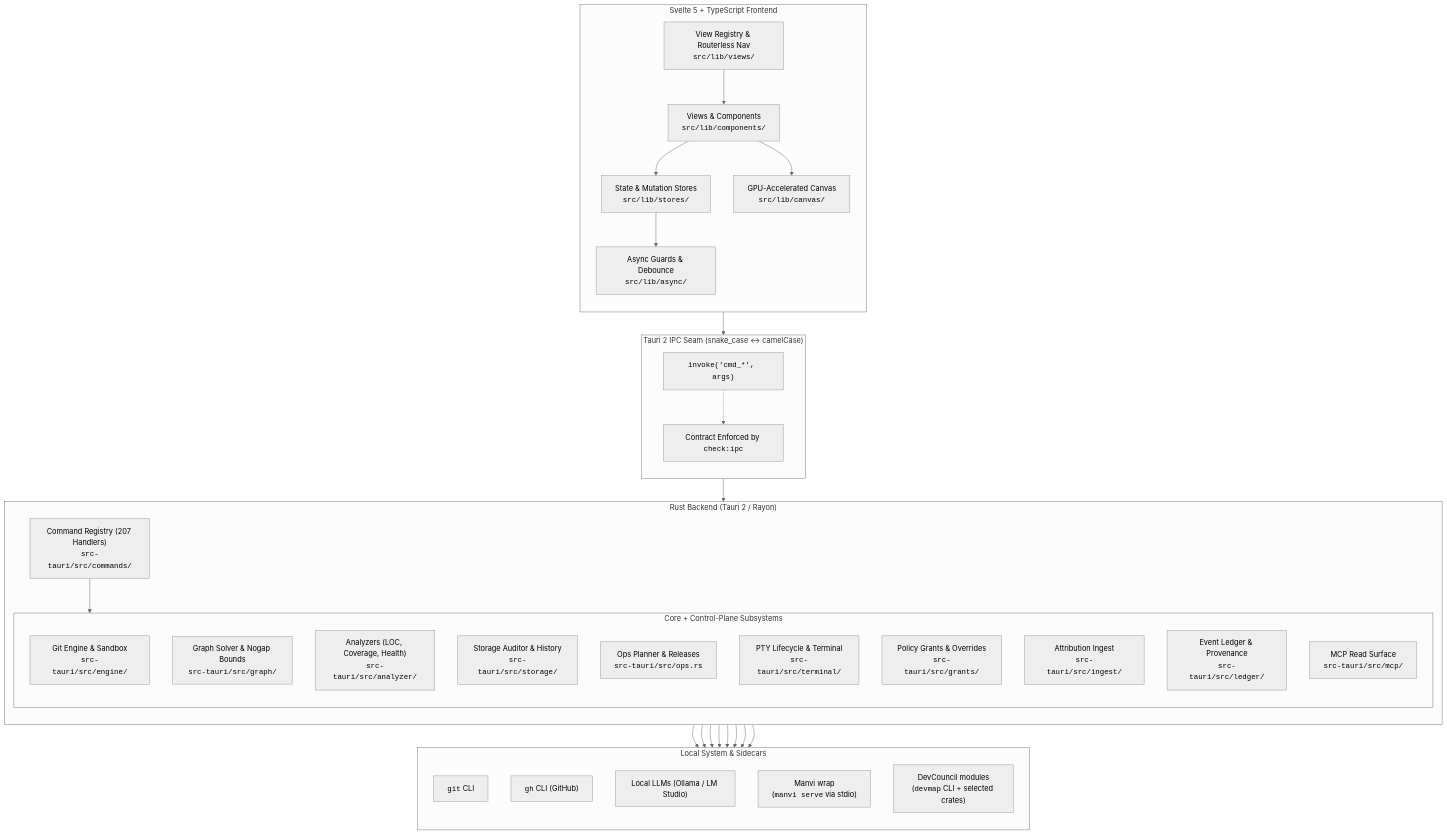
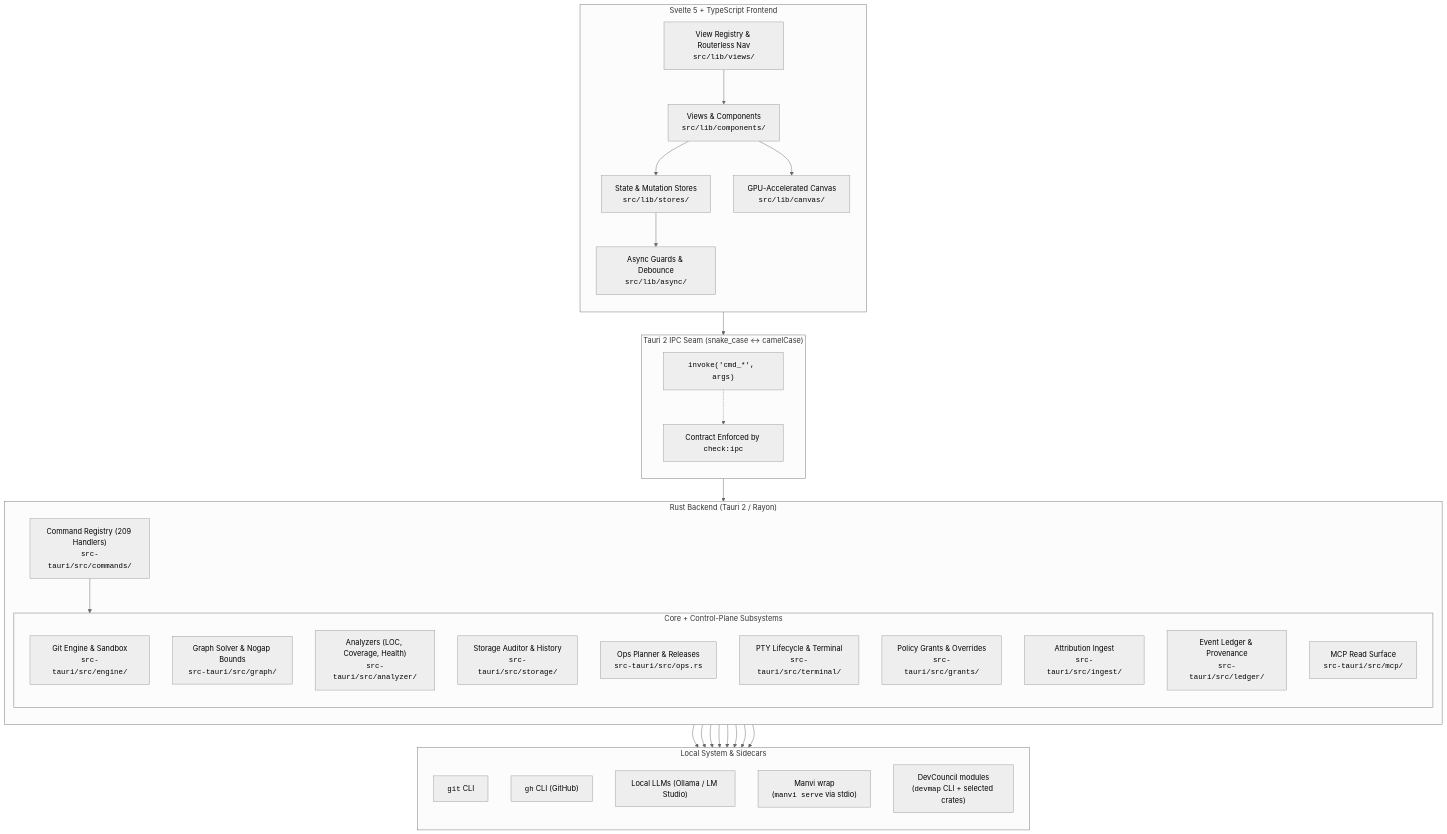
One commit to bharathvbcr/GitPulse changed the first of 4 diagrams in docs/ARCHITECTURE.md. Above: the diagram before and after it, drawn with Mermaid (neutral theme). The commit also changed other lines of this file and 15 other files, not shown here.

````diff
--- a/docs/ARCHITECTURE.md
+++ b/docs/ARCHITECTURE.md
@@ -13,63 +13,63 @@
 ```mermaid
 flowchart TB
     subgraph Frontend["Svelte 5 + TypeScript Frontend"]
         direction TB
         UI["Views & Components<br/><code>src/lib/components/</code>"]
         Stores["State & Mutation Stores<br/><code>src/lib/stores/</code>"]
         Registry["View Registry & Routerless Nav<br/><code>src/lib/views/</code>"]
         Canvas["GPU-Accelerated Canvas<br/><code>src/lib/canvas/</code>"]
         Async["Async Guards & Debounce<br/><code>src/lib/async/</code>"]
         
         UI --> Stores
         UI --> Canvas
         Stores --> Async
         Registry --> UI
     end
 
     subgraph IPC["Tauri 2 IPC Seam (snake_case ↔ camelCase)"]
         direction TB
         Invoke["<code>invoke('cmd_*', args)</code>"]
         ContractCheck["Contract Enforced by <code>check:ipc</code>"]
         Invoke -.-> ContractCheck
     end
 
     subgraph Backend["Rust Backend (Tauri 2 / Rayon)"]
         direction TB
-        CmdRegistry["Command Registry (207 Handlers)<br/><code>src-tauri/src/commands/</code>"]
+        CmdRegistry["Command Registry (209 Handlers)<br/><code>src-tauri/src/commands/</code>"]
         
         subgraph Subsystems["Core + Control-Plane Subsystems"]
             GitEngine["Git Engine & Sandbox<br/><code>src-tauri/src/engine/</code>"]
             GraphSolver["Graph Solver & Nogap Bounds<br/><code>src-tauri/src/graph/</code>"]
             Analyzers["Analyzers (LOC, Coverage, Health)<br/><code>src-tauri/src/analyzer/</code>"]
             StorageAuditor["Storage Auditor & History<br/><code>src-tauri/src/storage/</code>"]
             OpsPlanner["Ops Planner & Releases<br/><code>src-tauri/src/ops.rs</code>"]
             PtyTerminal["PTY Lifecycle & Terminal<br/><code>src-tauri/src/terminal/</code>"]
             Grants["Policy Grants & Overrides<br/><code>src-tauri/src/grants/</code>"]
             Ingest["Attribution Ingest<br/><code>src-tauri/src/ingest/</code>"]
             Ledger["Event Ledger & Provenance<br/><code>src-tauri/src/ledger/</code>"]
             MCP["MCP Read Surface<br/><code>src-tauri/src/mcp/</code>"]
         end
         
         CmdRegistry --> Subsystems
     end
 
     subgraph External["Local System & Sidecars"]
         direction TB
         LocalGit["<code>git</code> CLI"]
         LocalGh["<code>gh</code> CLI (GitHub)"]
         LocalLLM["Local LLMs (Ollama / LM Studio)"]
         ManviSidecar["Manvi wrap<br/>(<code>manvi serve</code> via stdio)"]
         DevCouncilMods["DevCouncil modules<br/>(<code>devmap</code> CLI + selected crates)"]
     end
 
     Async --> Invoke
     Invoke --> CmdRegistry
     GitEngine --> LocalGit
     Analyzers --> LocalGit
     Analyzers --> LocalGh
     Analyzers --> LocalLLM
     OpsPlanner --> LocalGh
     OpsPlanner --> ManviSidecar
     Subsystems --> ManviSidecar
     Subsystems --> DevCouncilMods
 ```
````
